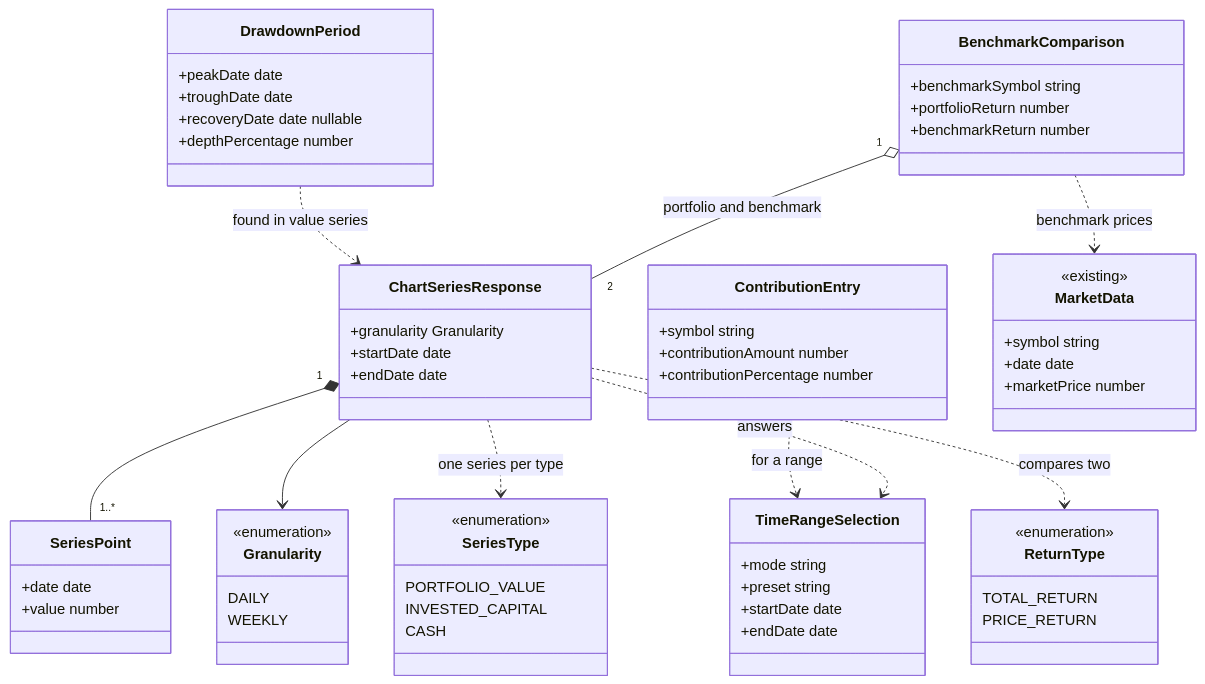
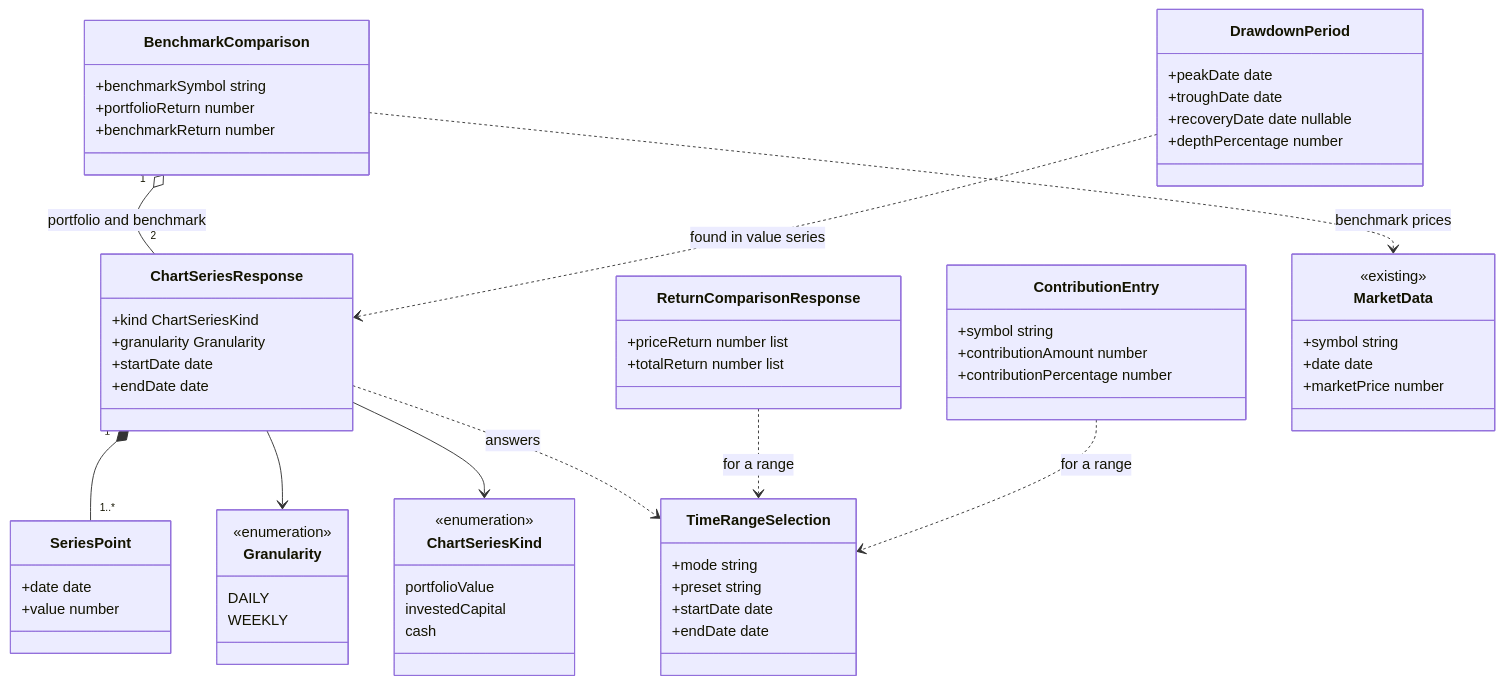
One commit to Error404IsFound/ghostfolio-software-engineering-project-g1 changed the fourth of 9 diagrams in docs/sesha-notes/06-uml-diagrams.md. Above: the diagram before and after it, drawn with Mermaid. The commit also changed other lines of this file, not shown here.

Commit message:
correct chart series and return type names after peer review

````diff
--- a/docs/sesha-notes/06-uml-diagrams.md
+++ b/docs/sesha-notes/06-uml-diagrams.md
@@ -389,66 +389,66 @@
 ```mermaid
 classDiagram
     class TimeRangeSelection {
         +mode string
         +preset string
         +startDate date
         +endDate date
     }
     class ChartSeriesResponse {
+        +kind ChartSeriesKind
         +granularity Granularity
         +startDate date
         +endDate date
     }
     class SeriesPoint {
         +date date
         +value number
     }
     class Granularity {
         <<enumeration>>
         DAILY
         WEEKLY
     }
-    class SeriesType {
+    class ChartSeriesKind {
         <<enumeration>>
-        PORTFOLIO_VALUE
-        INVESTED_CAPITAL
-        CASH
+        portfolioValue
+        investedCapital
+        cash
     }
-    class ReturnType {
-        <<enumeration>>
-        TOTAL_RETURN
-        PRICE_RETURN
+    class ReturnComparisonResponse {
+        +priceReturn number list
+        +totalReturn number list
     }
     class ContributionEntry {
         +symbol string
         +contributionAmount number
         +contributionPercentage number
     }
     class BenchmarkComparison {
         +benchmarkSymbol string
         +portfolioReturn number
         +benchmarkReturn number
     }
     class DrawdownPeriod {
         +peakDate date
         +troughDate date
         +recoveryDate date nullable
         +depthPercentage number
     }
     class MarketData {
         <<existing>>
         +symbol string
         +date date
         +marketPrice number
     }
 
     ChartSeriesResponse "1" *-- "1..*" SeriesPoint
     ChartSeriesResponse --> Granularity
+    ChartSeriesResponse --> ChartSeriesKind
     ChartSeriesResponse ..> TimeRangeSelection : answers
-    ChartSeriesResponse ..> SeriesType : one series per type
-    ChartSeriesResponse ..> ReturnType : compares two
+    ReturnComparisonResponse ..> TimeRangeSelection : for a range
     BenchmarkComparison "1" o-- "2" ChartSeriesResponse : portfolio and benchmark
     BenchmarkComparison ..> MarketData : benchmark prices
     DrawdownPeriod ..> ChartSeriesResponse : found in value series
     ContributionEntry ..> TimeRangeSelection : for a range
 ```
````
